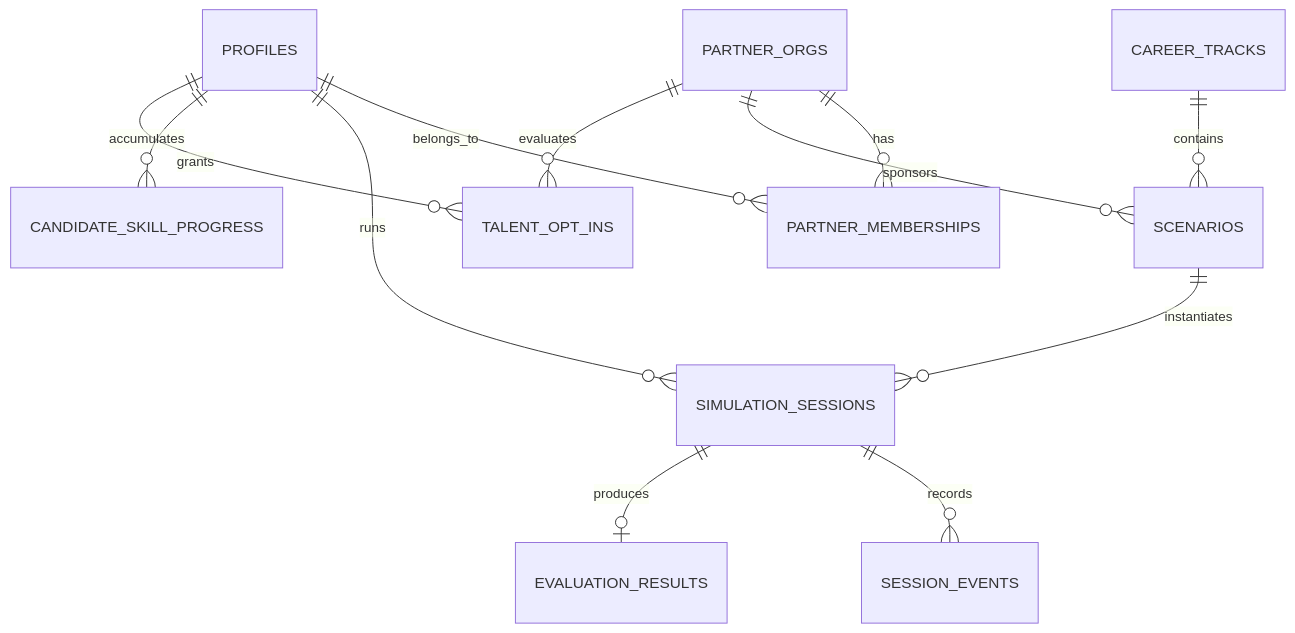
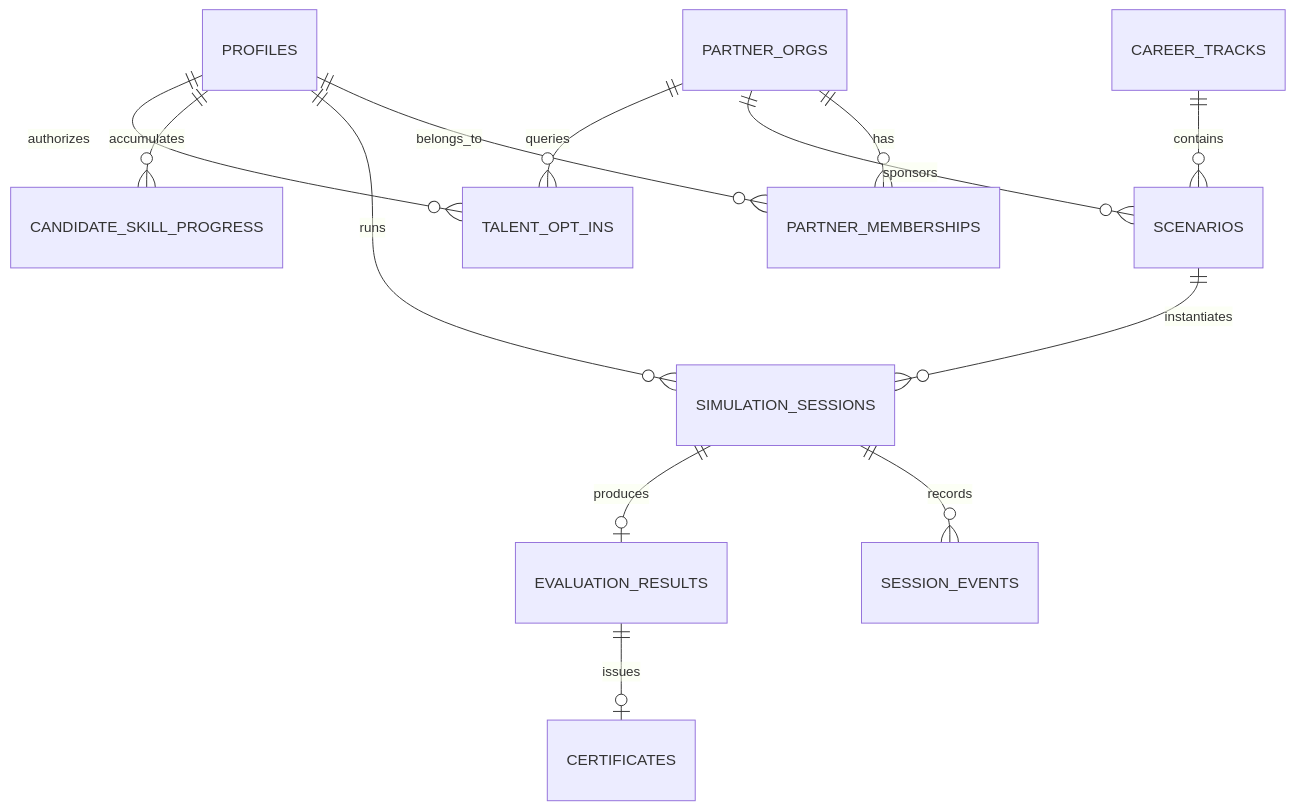
The second of 2 diagrams in README.md (waxmorales/portal-job), drawn with Mermaid before and after one commit. The commit also changed other lines of this file and 16 other files, not shown here.

Commit message:
feat(architecture): align PortalJob blueprint with Admin/Logistics/Sales, HaSociaJob, verifiable certificates, and financial roadmap

````diff
--- a/README.md
+++ b/README.md
@@ -132,14 +137,15 @@
 ```mermaid
 erDiagram
     PROFILES ||--o{ PARTNER_MEMBERSHIPS : belongs_to
     PARTNER_ORGS ||--o{ PARTNER_MEMBERSHIPS : has
     PARTNER_ORGS ||--o{ SCENARIOS : sponsors
     CAREER_TRACKS ||--o{ SCENARIOS : contains
     SCENARIOS ||--o{ SIMULATION_SESSIONS : instantiates
     PROFILES ||--o{ SIMULATION_SESSIONS : runs
     SIMULATION_SESSIONS ||--o{ SESSION_EVENTS : records
     SIMULATION_SESSIONS ||--o| EVALUATION_RESULTS : produces
+    EVALUATION_RESULTS ||--o| CERTIFICATES : issues
     PROFILES ||--o{ CANDIDATE_SKILL_PROGRESS : accumulates
-    PROFILES ||--o{ TALENT_OPT_INS : grants
-    PARTNER_ORGS ||--o{ TALENT_OPT_INS : evaluates
+    PROFILES ||--o{ TALENT_OPT_INS : authorizes
+    PARTNER_ORGS ||--o{ TALENT_OPT_INS : queries
 ```
````
